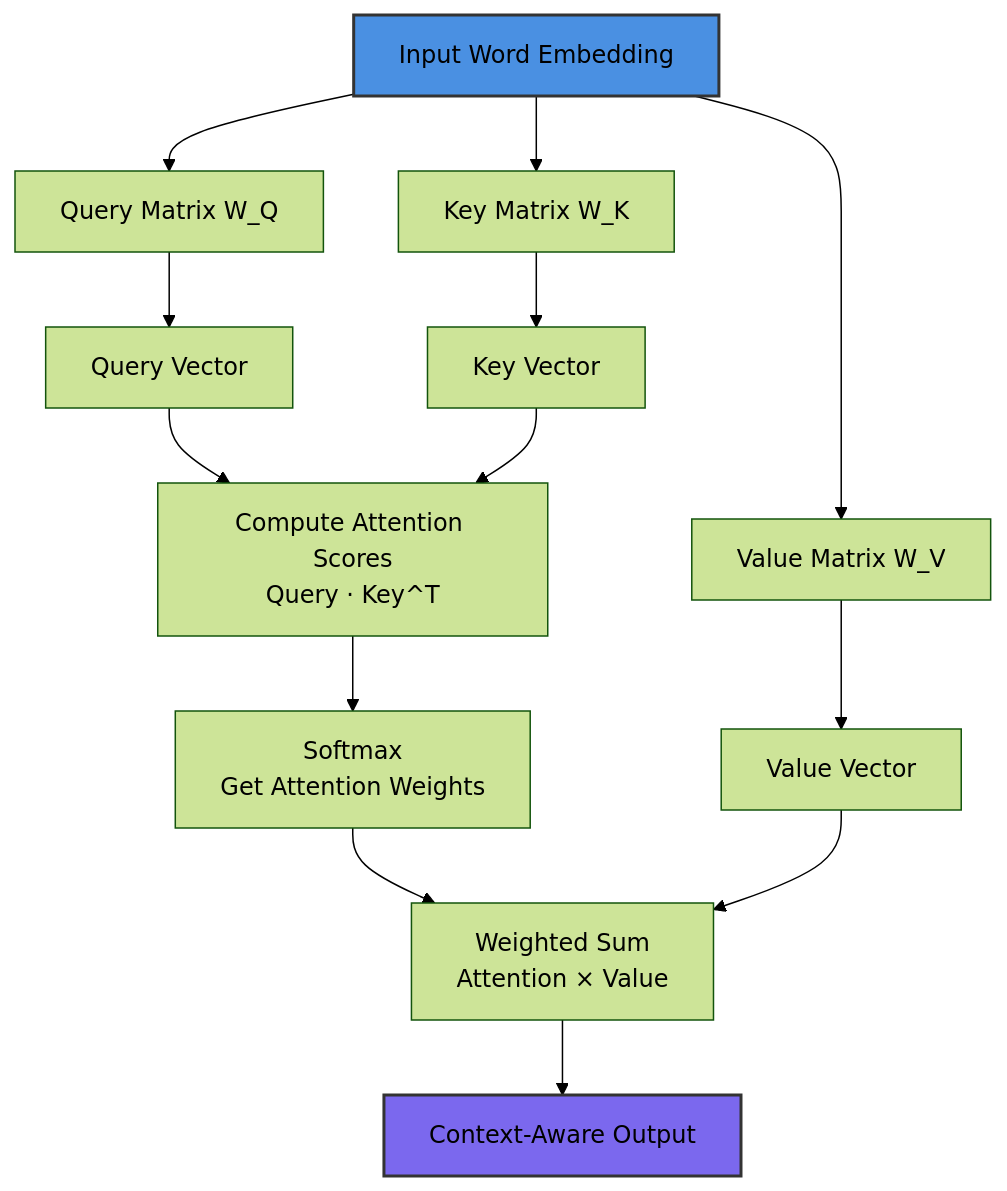
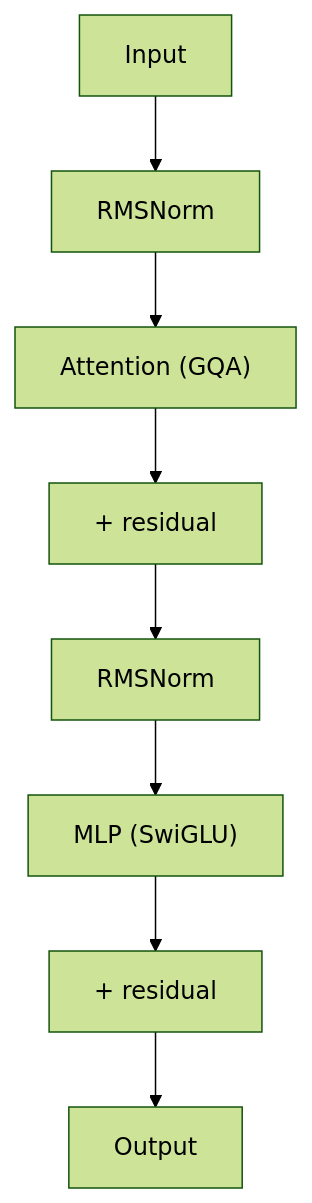
The third of 3 diagrams in content/lessons/ct7-architecture-basics.md (tenstorrent/tt-vscode-toolkit), drawn with Mermaid (forest theme) before and after one commit. The commit also changed other lines of this file and 39 other files, not shown here.

````diff
--- a/content/lessons/ct7-architecture-basics.md
+++ b/content/lessons/ct7-architecture-basics.md
@@ -251,18 +79,10 @@
 ```mermaid
 graph TD
-    A[Input Word Embedding] --> B1[Query Matrix W_Q]
-    A --> B2[Key Matrix W_K]
-    A --> B3[Value Matrix W_V]
-
-    B1 --> C1[Query Vector]
-    B2 --> C2[Key Vector]
-    B3 --> C3[Value Vector]
-
-    C1 & C2 --> D[Compute Attention Scores<br/>Query · Key^T]
-    D --> E[Softmax<br/>Get Attention Weights]
-    E & C3 --> F[Weighted Sum<br/>Attention × Value]
-    F --> G[Context-Aware Output]
-
-    style A fill:#4A90E2,stroke:#333,stroke-width:2px
-    style G fill:#7B68EE,stroke:#333,stroke-width:2px
+    A[Input] --> B[RMSNorm]
+    B --> C["Attention (GQA)"]
+    C --> D["+ residual"]
+    D --> E[RMSNorm]
+    E --> F["MLP (SwiGLU)"]
+    F --> G["+ residual"]
+    G --> H[Output]
 ```
````
